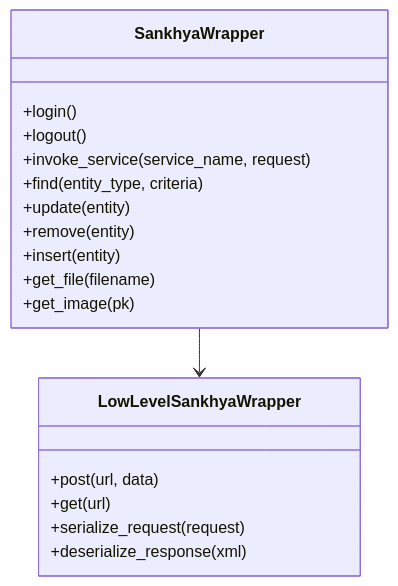
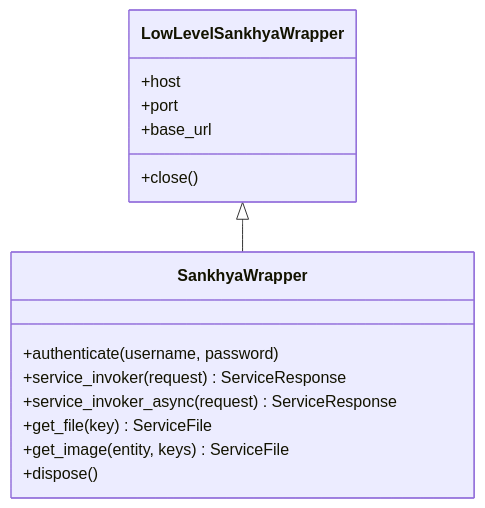
One commit to ssmvictor/Sankhya-SDK-python changed the second of 5 diagrams in docs/core-concepts/architecture.md. Above: the diagram before and after it, drawn with Mermaid. The commit also changed other lines of this file, not shown here.

````diff
--- a/docs/core-concepts/architecture.md
+++ b/docs/core-concepts/architecture.md
@@ -102,23 +115,20 @@
 ```mermaid
 classDiagram
     class SankhyaWrapper {
-        +login()
-        +logout()
-        +invoke_service(service_name, request)
-        +find(entity_type, criteria)
-        +update(entity)
-        +remove(entity)
-        +insert(entity)
-        +get_file(filename)
-        +get_image(pk)
+        +authenticate(username, password)
+        +service_invoker(request) ServiceResponse
+        +service_invoker_async(request) ServiceResponse
+        +get_file(key) ServiceFile
+        +get_image(entity, keys) ServiceFile
+        +dispose()
     }
-    
+
     class LowLevelSankhyaWrapper {
-        +post(url, data)
-        +get(url)
-        +serialize_request(request)
-        +deserialize_response(xml)
+        +host
+        +port
+        +base_url
+        +close()
     }
-    
-    SankhyaWrapper --> LowLevelSankhyaWrapper
+
+    LowLevelSankhyaWrapper <|-- SankhyaWrapper
 ```
````
